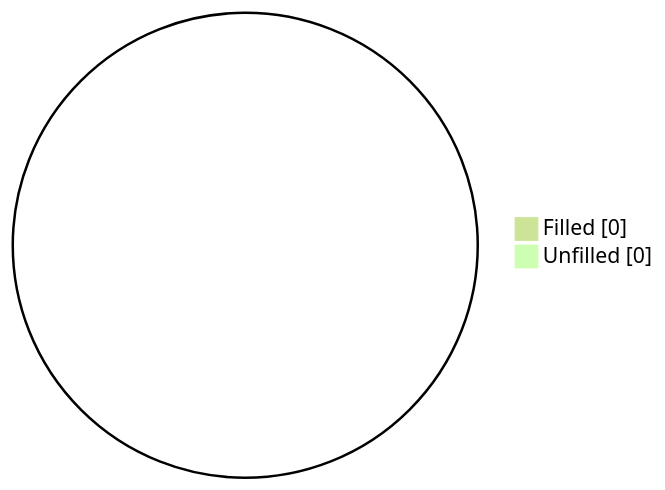
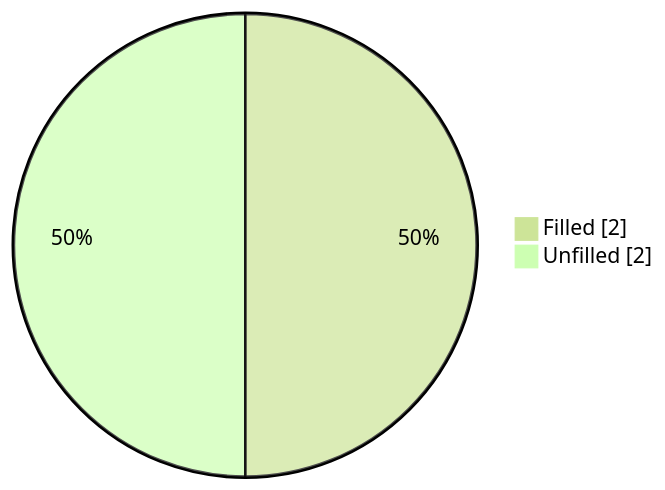
One commit to Chieko-Y/my-spec-generator changed the first of 2 diagrams in workspace/subaru/outback-2026/ivi/published/navigation-if-equipped/README.md. Above: the diagram before and after it, drawn with Mermaid (forest theme). The commit also changed other lines of this file and 477 other files, not shown here.

````diff
--- a/workspace/subaru/outback-2026/ivi/published/navigation-if-equipped/README.md
+++ b/workspace/subaru/outback-2026/ivi/published/navigation-if-equipped/README.md
@@ -17,5 +17,5 @@
 ```mermaid
 pie showData
-    "Filled" : 0
-    "Unfilled" : 0
+    "Filled" : 2
+    "Unfilled" : 2
 ```
````
